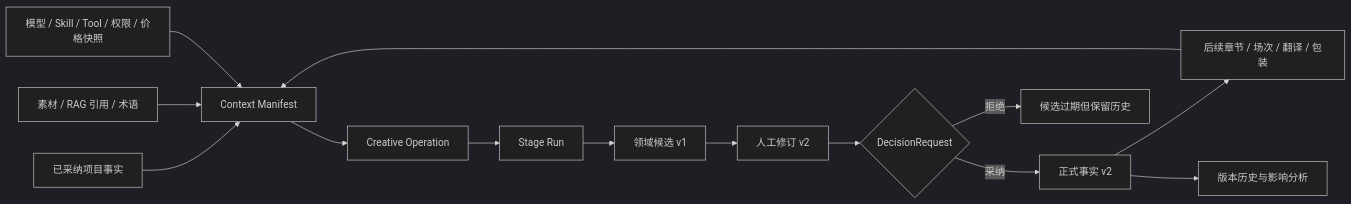
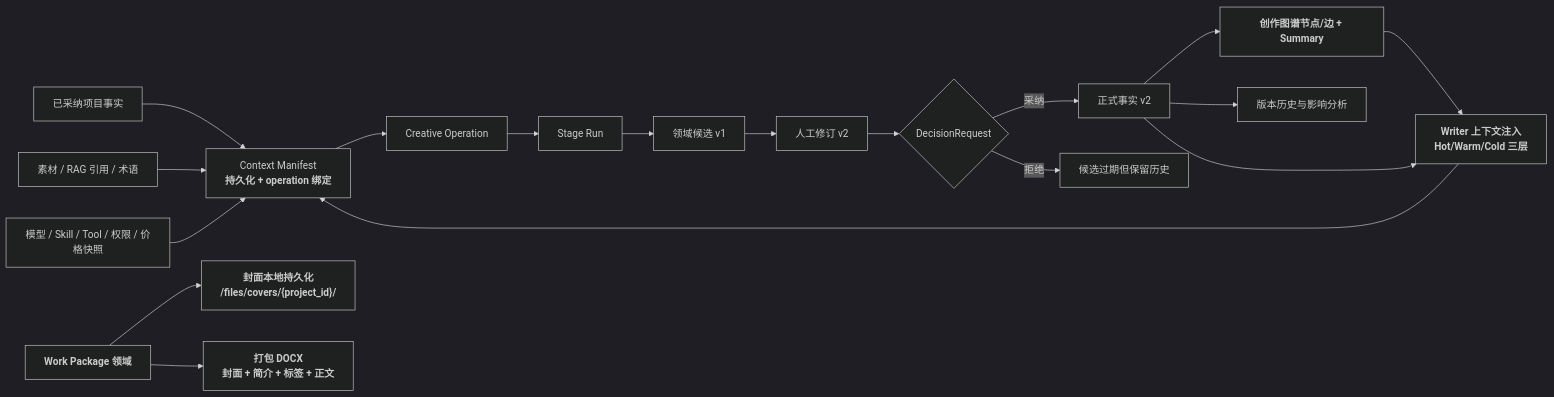
One commit to quchenchen/ScriptNow changed the fourth of 8 diagrams in docs/v7-spec-v1.1/19-SYSTEM-BUSINESS-FLOW-MAP.md. Above: the diagram before and after it, drawn with Mermaid (dark theme). The commit also changed other lines of this file and 10 other files, not shown here.

````diff
--- a/docs/v7-spec-v1.1/19-SYSTEM-BUSINESS-FLOW-MAP.md
+++ b/docs/v7-spec-v1.1/19-SYSTEM-BUSINESS-FLOW-MAP.md
@@ -134,16 +145,21 @@
 ```mermaid
 flowchart LR
-    Facts["已采纳项目事实"] --> Manifest["Context Manifest"]
+    Facts["已采纳项目事实"] --> Manifest["Context Manifest<br/><b>持久化 + operation 绑定</b>"]
     Source["素材 / RAG 引用 / 术语"] --> Manifest
     RuntimeConfig["模型 / Skill / Tool / 权限 / 价格快照"] --> Manifest
     Manifest --> Operation["Creative Operation"]
     Operation --> Stage["Stage Run"]
     Stage --> Candidate["领域候选 v1"]
     Candidate --> HumanEdit["人工修订 v2"]
     HumanEdit --> Decision{"DecisionRequest"}
     Decision -->|采纳| Adopted["正式事实 v2"]
     Decision -->|拒绝| Expired["候选过期但保留历史"]
-    Adopted --> Downstream["后续章节 / 场次 / 翻译 / 包装"]
+    Adopted --> CreativeGraph["<b>创作图谱节点/边 + Summary</b>"]
+    CreativeGraph --> Downstream["<b>Writer 上下文注入<br/>Hot/Warm/Cold 三层</b>"]
+    Adopted --> Downstream
     Adopted --> History["版本历史与影响分析"]
     Downstream --> Manifest
+
+    Package["<b>Work Package 领域</b>"] --> Cover["<b>封面本地持久化<br/>/files/covers/{project_id}/</b>"]
+    Package --> PackagedExport["<b>打包 DOCX<br/>封面 + 简介 + 标签 + 正文</b>"]
 ```
````
